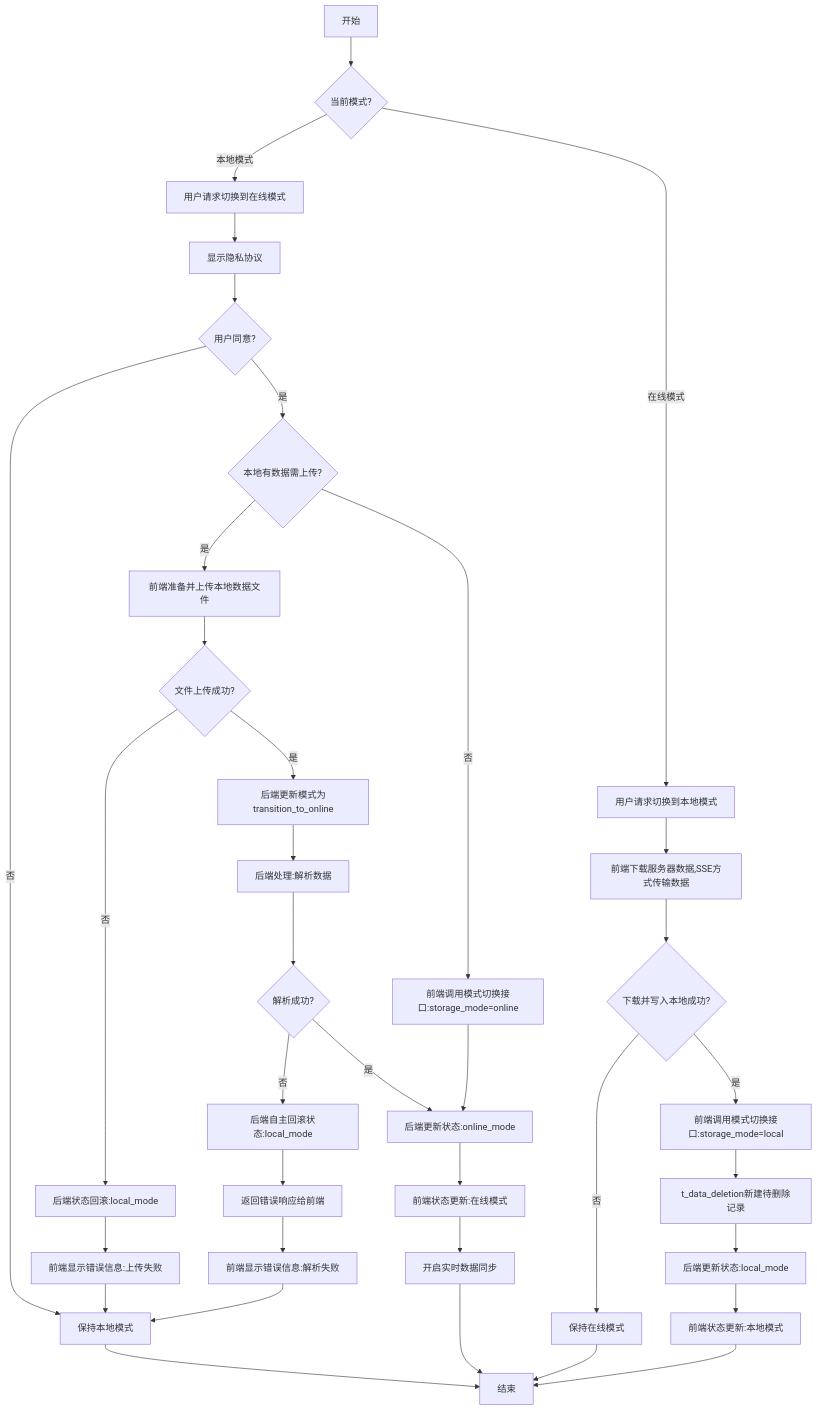
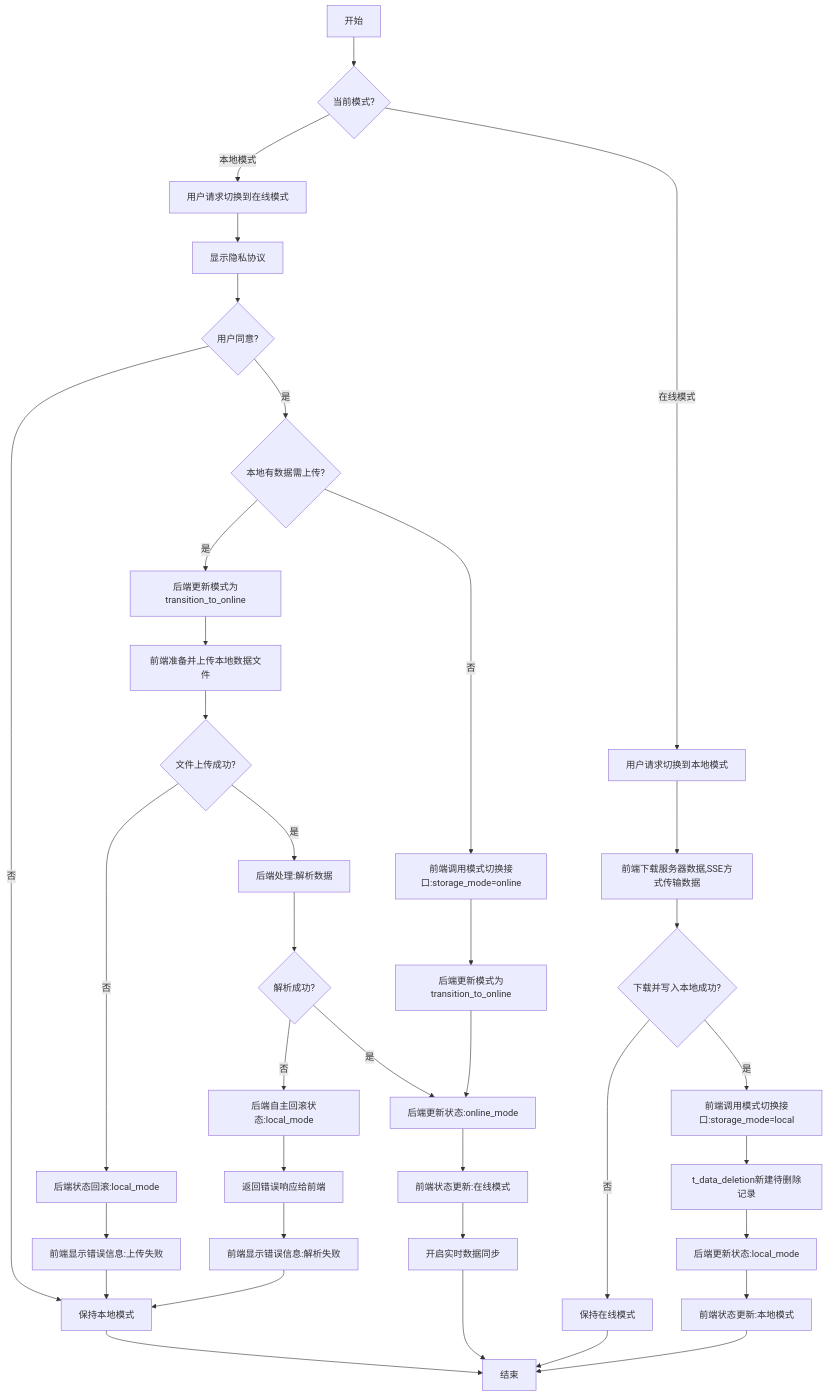
Before and after one commit to yingjianzh/iodraw-files: the diagram in all/未命名-68.md, drawn with Mermaid.

Commit message:
2025-06-04 10:10:15 update

````diff
--- a/all/未命名-68.md
+++ b/all/未命名-68.md
@@ -1,60 +1,58 @@
 ```mermaid
-
 flowchart TD
     A[开始] --> B{当前模式?}
     
     %% 本地模式转在线模式
     B -->|本地模式| C[用户请求切换到在线模式]
     C --> D[显示隐私协议]
     D --> E{用户同意?}
 
-
     E -->|否| F[保持本地模式]
     F --> Z[结束]
     
     E -->|是| J{本地有数据需上传?}
     
     %% 有本地数据需上传的情况
-    J -->|是| K[前端准备并上传本地数据文件]
+    J -->|是| G1[后端更新模式为transition_to_online]
+    G1 --> K[前端准备并上传本地数据文件]
     K --> L{文件上传成功?}
     
     %% 上传失败的情况
     L -->|否| N[后端状态回滚:local_mode]
     N --> O[前端显示错误信息:上传失败]
     O --> F
     
     %% 上传成功但解析失败的情况
-    L -->|是| G[后端更新模式为transition_to_online]
-    G --> P[后端处理:解析数据]
+    L -->|是| P[后端处理:解析数据]
     P --> Q{解析成功?}
     Q -->|否| R[后端自主回滚状态:local_mode]
     R --> S[返回错误响应给前端]
     S --> T[前端显示错误信息:解析失败]
     T --> F
     
     %% 全部成功的情况
     Q -->|是| U[后端更新状态:online_mode]
     J -->|否| V[前端调用模式切换接口:storage_mode=online]
-    V --> U
+    V --> G2[后端更新模式为transition_to_online]
+    G2 --> U
     
     U --> W[前端状态更新:在线模式]
     W --> X[开启实时数据同步]
     X --> Z
     
     %% 在线模式转本地模式
     B -->|在线模式| AA[用户请求切换到本地模式]
     AA --> AE[前端下载服务器数据,SSE方式传输数据]
     AE --> AF{下载并写入本地成功?}
     
     %% 下载失败的情况
     AF -->|否| AJ[保持在线模式]
     AJ --> Z
     
     %% 下载成功的情况
     AF -->|是| AK[前端调用模式切换接口:storage_mode=local]
     AK --> AL[t_data_deletion新建待删除记录]
     AL --> AM[后端更新状态:local_mode]
     AM --> AN[前端状态更新:本地模式]
     AN --> Z
-
 ```
````
